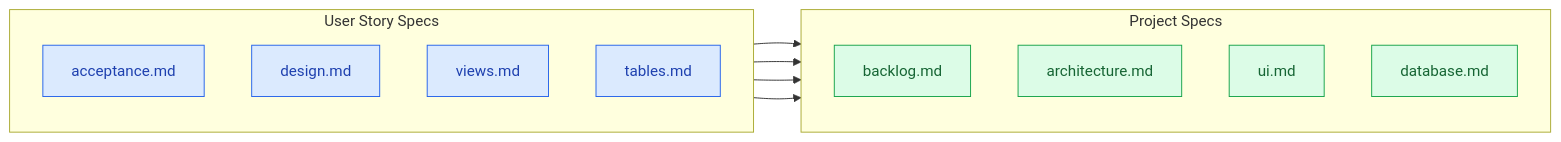
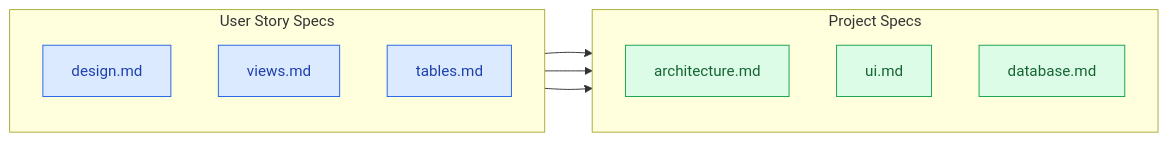
The seventh of 7 diagrams in README.md (mtov/AgileSpec), drawn with Mermaid before and after one commit. The commit also changed other lines of this file, not shown here.

Commit message:
Simplify project specifications and consolidation guidance

````diff
--- a/README.md
+++ b/README.md
@@ -326,29 +317,26 @@
 ```mermaid
 flowchart LR
     subgraph S["User Story Specs"]
         direction TB
-        S1["acceptance.md"]
-        S2["design.md"]
-        S3["views.md"]
-        S4["tables.md"]
+        S1["design.md"]
+        S2["views.md"]
+        S3["tables.md"]
     end
 
     subgraph P["Project Specs"]
         direction TB
-        P1["backlog.md"]
-        P2["architecture.md"]
-        P3["ui.md"]
-        P4["database.md"]
+        P1["architecture.md"]
+        P2["ui.md"]
+        P3["database.md"]
     end
 
     S1 --> P1
     S2 --> P2
     S3 --> P3
-    S4 --> P4
 
     classDef story fill:#dbeafe,stroke:#2563eb,color:#1e40af
     classDef project fill:#dcfce7,stroke:#16a34a,color:#166534
 
-    class S1,S2,S3,S4 story
-    class P1,P2,P3,P4 project
+    class S1,S2,S3 story
+    class P1,P2,P3 project
 ```
````
